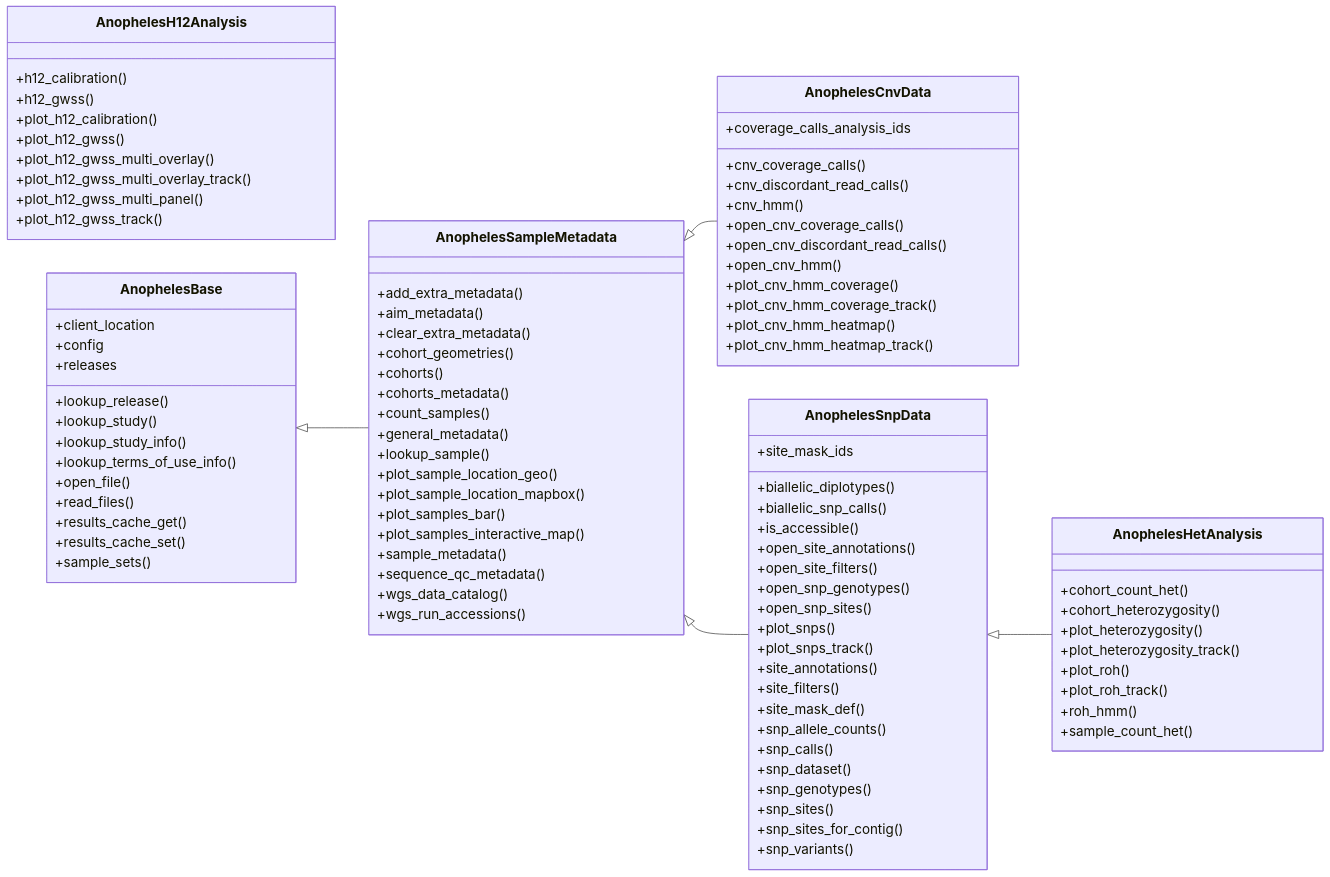
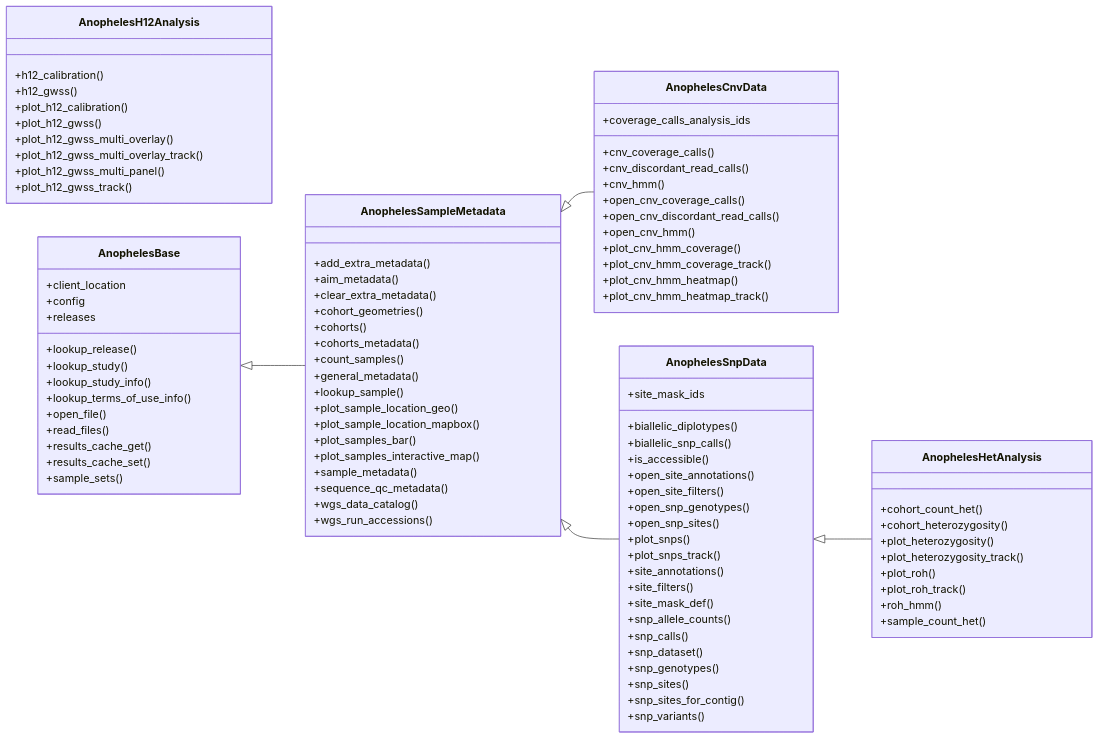
Before and after one commit to malariagen/malariagen-data-python: the diagram in docs/source/_static/diagrams/ag3_class_details.mmd, drawn with Mermaid. The commit also changed 2 other files, not shown here.

Commit message:
trying to increase text size in Mermaid diagram- not working from conf.py or diagram definition

```diff
--- a/docs/source/_static/diagrams/ag3_class_details.mmd
+++ b/docs/source/_static/diagrams/ag3_class_details.mmd
@@ -1,104 +1,103 @@
-%%{init: {"themeVariables": {"fontSize": "20px"}}}%%
 classDiagram
     direction LR
 
     class AnophelesCnvData {
         +cnv_coverage_calls()
         +cnv_discordant_read_calls()
         +cnv_hmm()
         +coverage_calls_analysis_ids
         +open_cnv_coverage_calls()
         +open_cnv_discordant_read_calls()
         +open_cnv_hmm()
         +plot_cnv_hmm_coverage()
         +plot_cnv_hmm_coverage_track()
         +plot_cnv_hmm_heatmap()
         +plot_cnv_hmm_heatmap_track()
     }
     class AnophelesH12Analysis {
         +h12_calibration()
         +h12_gwss()
         +plot_h12_calibration()
         +plot_h12_gwss()
         +plot_h12_gwss_multi_overlay()
         +plot_h12_gwss_multi_overlay_track()
         +plot_h12_gwss_multi_panel()
         +plot_h12_gwss_track()
     }
     class AnophelesHetAnalysis {
         +cohort_count_het()
         +cohort_heterozygosity()
         +plot_heterozygosity()
         +plot_heterozygosity_track()
         +plot_roh()
         +plot_roh_track()
         +roh_hmm()
         +sample_count_het()
     }
     class AnophelesSnpData {
         +biallelic_diplotypes()
         +biallelic_snp_calls()
         +is_accessible()
         +open_site_annotations()
         +open_site_filters()
         +open_snp_genotypes()
         +open_snp_sites()
         +plot_snps()
         +plot_snps_track()
         +site_annotations()
         +site_filters()
         +site_mask_def()
         +site_mask_ids
         +snp_allele_counts()
         +snp_calls()
         +snp_dataset()
         +snp_genotypes()
         +snp_sites()
         +snp_sites_for_contig()
         +snp_variants()
     }
     class AnophelesSampleMetadata {
         +add_extra_metadata()
         +aim_metadata()
         +clear_extra_metadata()
         +cohort_geometries()
         +cohorts()
         +cohorts_metadata()
         +count_samples()
         +general_metadata()
         +lookup_sample()
         +plot_sample_location_geo()
         +plot_sample_location_mapbox()
         +plot_samples_bar()
         +plot_samples_interactive_map()
         +sample_metadata()
         +sequence_qc_metadata()
         +wgs_data_catalog()
         +wgs_run_accessions()
     }
     class AnophelesBase {
         +client_location
         +config
         +lookup_release()
         +lookup_study()
         +lookup_study_info()
         +lookup_terms_of_use_info()
         +open_file()
         +read_files()
         +releases
         +results_cache_get()
         +results_cache_set()
         +sample_sets()
     }
 
     AnophelesSampleMetadata <|-- AnophelesCnvData
     AnophelesSnpData <|-- AnophelesHetAnalysis
     AnophelesSampleMetadata <|-- AnophelesSnpData
     AnophelesBase <|-- AnophelesSampleMetadata
 
     click AnophelesCnvData href "https://github.com/malariagen/malariagen-data-python/blob/master/malariagen_data/anoph/cnv_data.py#L28" "Access to raw CNV HMM, coverage-call and discordant-read-call data."
     click AnophelesH12Analysis href "https://github.com/malariagen/malariagen-data-python/blob/master/malariagen_data/anoph/h12.py#L14" "H12 genome-wide selection scans and calibration."
     click AnophelesHetAnalysis href "https://github.com/malariagen/malariagen-data-python/blob/master/malariagen_data/anoph/heterozygosity.py#L16" "Per-sample and per-cohort heterozygosity, and runs-of-homozygosity (ROH)."
     click AnophelesSnpData href "https://github.com/malariagen/malariagen-data-python/blob/master/malariagen_data/anoph/snp_data.py#L49" "Core SNP genotype, site filter and site annotation data access."
     click AnophelesSampleMetadata href "https://github.com/malariagen/malariagen-data-python/blob/master/malariagen_data/anoph/sample_metadata.py#L34" "Sample and cohort metadata access."
     click AnophelesBase href "https://github.com/malariagen/malariagen-data-python/blob/master/malariagen_data/anoph/base.py#L49" "Foundational config, release and file-access plumbing shared by everything."
```
